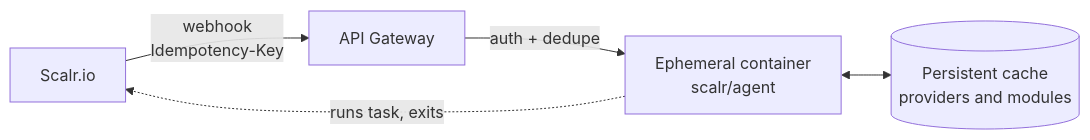
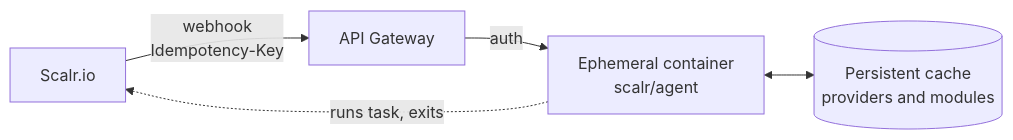
The diagram in README.md (Scalr/terraform-scalr-serverless), drawn with Mermaid before and after one commit. The commit also changed other lines of this file and 9 other files, not shown here.

````diff
--- a/README.md
+++ b/README.md
@@ -9,7 +9,7 @@
 ```mermaid
 flowchart LR
     scalr[Scalr.io] -- "webhook<br/>Idempotency-Key" --> gateway[API Gateway]
-    gateway -- "auth + dedupe" --> agent[Ephemeral container<br/>scalr/agent]
+    gateway -- "auth" --> agent[Ephemeral container<br/>scalr/agent]
     agent <--> cache[(Persistent cache<br/>providers and modules)]
     agent -. "runs task, exits" .-> scalr
 ```
````
